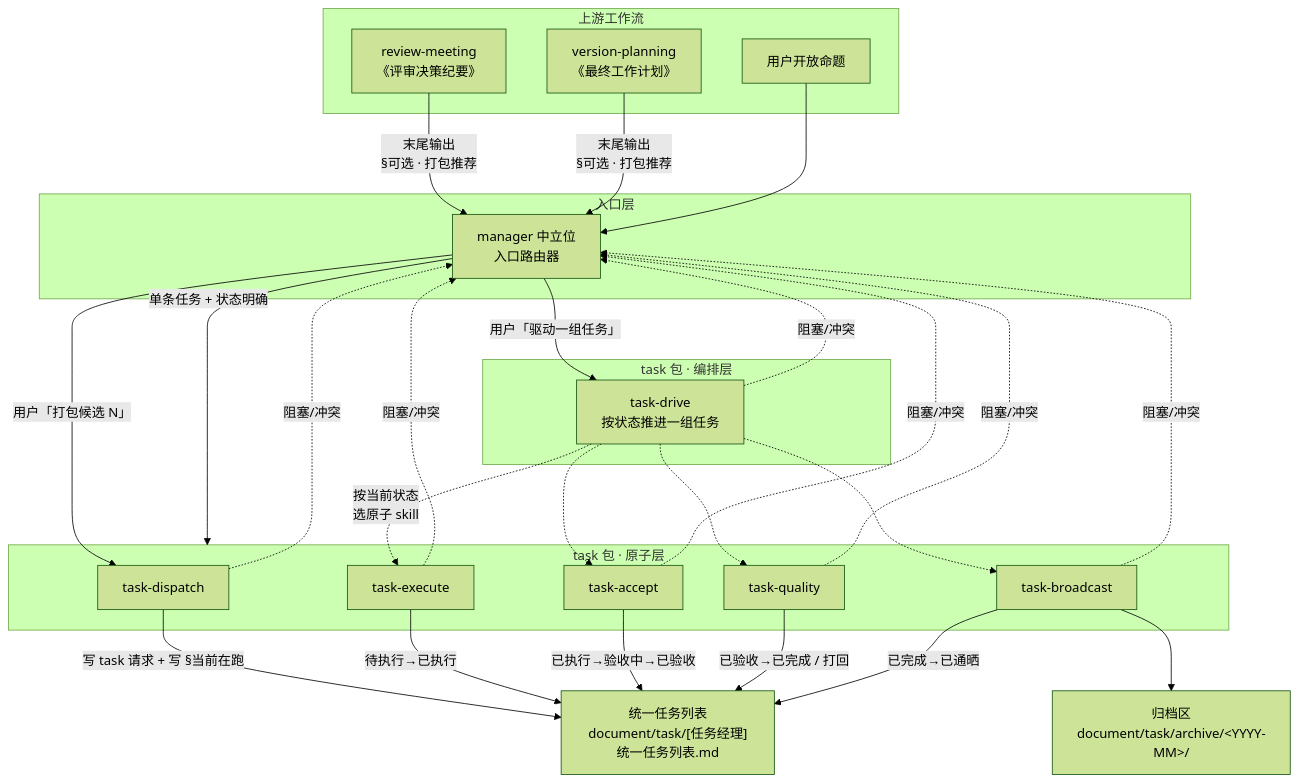
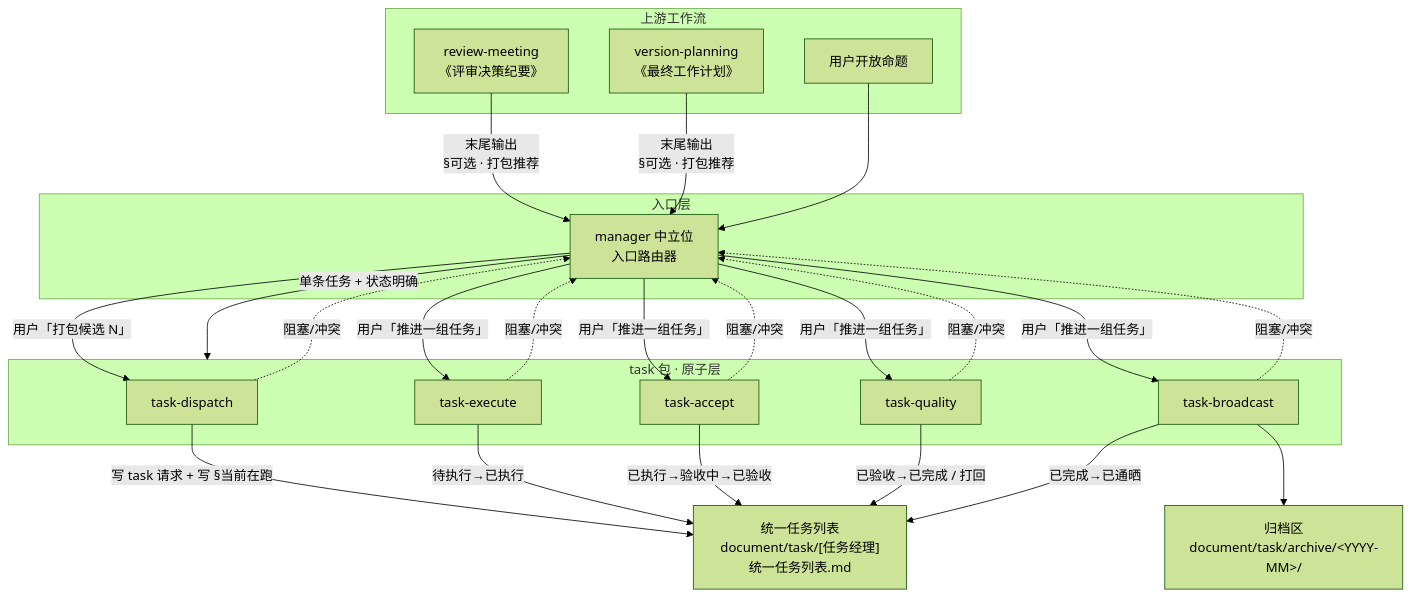
The diagram in .cursor/agents/manager.md (lanjie162/HarmonyTimeStory), drawn with Mermaid (forest theme) before and after one commit. The commit also changed other lines of this file and 8 other files, not shown here.

First line of the commit message:
chore(cursor): streamline manager task skills and remove task-drive

````diff
--- a/.cursor/agents/manager.md
+++ b/.cursor/agents/manager.md
@@ -78,55 +76,48 @@
 ```mermaid
 flowchart TD
     subgraph entryLayer [入口层]
         Manager[manager 中立位<br/>入口路由器]
     end
 
     subgraph upstream [上游工作流]
         Review[review-meeting<br/>《评审决策纪要》]
         Plan[version-planning<br/>《最终工作计划》]
         AdHoc[用户开放命题]
-    end
-
-    subgraph orchLayer [task 包 · 编排层]
-        Drive[task-drive<br/>按状态推进一组任务]
     end
 
     subgraph atomLayer [task 包 · 原子层]
         Dispatch[task-dispatch]
         Execute[task-execute]
         Accept[task-accept]
         Quality[task-quality]
         Broadcast[task-broadcast]
     end
 
     Master["统一任务列表<br/>document/task/[任务经理]统一任务列表.md"]
     Archive["归档区<br/>document/task/archive/&lt;YYYY-MM&gt;/"]
 
     Review -->|"末尾输出<br/>§可选 · 打包推荐"| Manager
     Plan -->|"末尾输出<br/>§可选 · 打包推荐"| Manager
     AdHoc --> Manager
 
     Manager -->|"用户「打包候选 N」"| Dispatch
-    Manager -->|"用户「驱动一组任务」"| Drive
+    Manager -->|"用户「推进一组任务」"| Execute
+    Manager -->|"用户「推进一组任务」"| Accept
+    Manager -->|"用户「推进一组任务」"| Quality
+    Manager -->|"用户「推进一组任务」"| Broadcast
     Manager -->|"单条任务 + 状态明确"| atomLayer
 
     Dispatch -->|"写 task 请求 + 写 §当前在跑"| Master
-
-    Drive -.->|"按当前状态<br/>选原子 skill"| Execute
-    Drive -.-> Accept
-    Drive -.-> Quality
-    Drive -.-> Broadcast
 
     Execute -->|"待执行→已执行"| Master
     Accept -->|"已执行→验收中→已验收"| Master
     Quality -->|"已验收→已完成 / 打回"| Master
     Broadcast -->|"已完成→已通晒"| Master
     Broadcast --> Archive
 
-    Drive -. 阻塞/冲突 .-> Manager
     Dispatch -. 阻塞/冲突 .-> Manager
     Execute -. 阻塞/冲突 .-> Manager
     Accept -. 阻塞/冲突 .-> Manager
     Quality -. 阻塞/冲突 .-> Manager
     Broadcast -. 阻塞/冲突 .-> Manager
 ```
````
